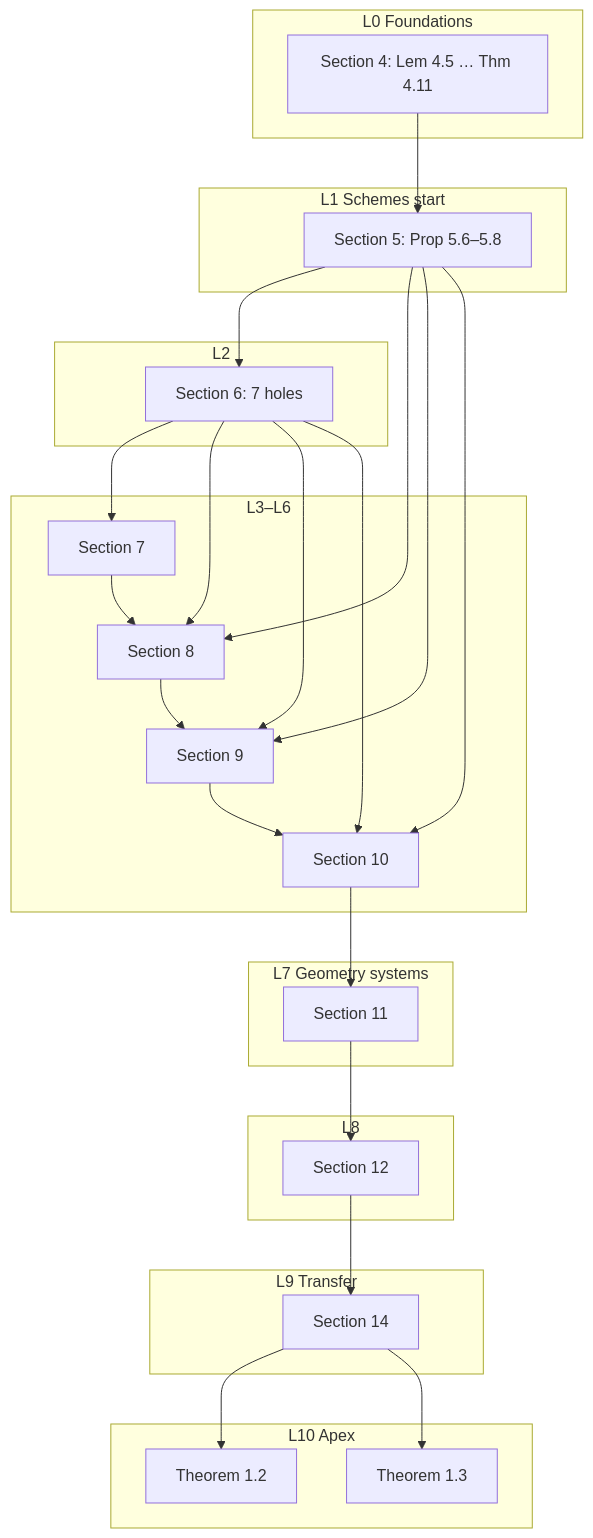
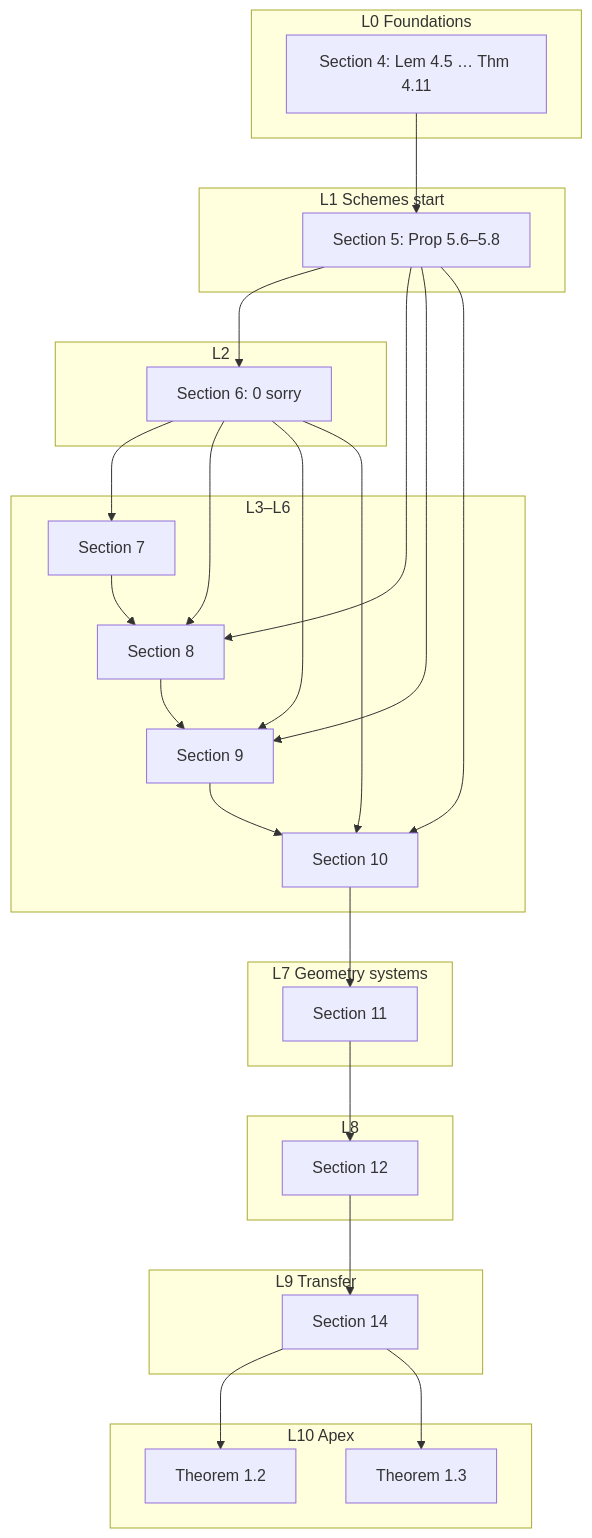
Before and after one commit to catskillsresearch/aec: the diagram in HOLES.md, drawn with Mermaid. The commit also changed other lines of this file and 3 other files, not shown here.

````diff
--- a/HOLES.md
+++ b/HOLES.md
@@ -78,40 +78,40 @@
 ```mermaid
 flowchart TD
   subgraph L0 [L0 Foundations]
     S4["Section 4: Lem 4.5 … Thm 4.11"]
   end
   subgraph L1 [L1 Schemes start]
     S5["Section 5: Prop 5.6–5.8"]
   end
   subgraph L2 [L2]
-    S6["Section 6: 7 holes"]
+    S6["Section 6: 0 sorry"]
   end
   subgraph L3to6 [L3–L6]
     S7["Section 7"]
     S8["Section 8"]
     S9["Section 9"]
     S10["Section 10"]
   end
   subgraph L7 [L7 Geometry systems]
     S11["Section 11"]
   end
   subgraph L8 [L8]
     S12["Section 12"]
   end
   subgraph L9 [L9 Transfer]
     S14["Section 14"]
   end
   subgraph L10 [L10 Apex]
     T12["Theorem 1.2"]
     T13["Theorem 1.3"]
   end
   S4 --> S5 --> S6 --> S7 --> S8 --> S9 --> S10
   S5 --> S8
   S5 --> S9
   S5 --> S10
   S6 --> S8
   S6 --> S9
   S6 --> S10
   S10 --> S11 --> S12 --> S14 --> T12
   S14 --> T13
 ```
````
